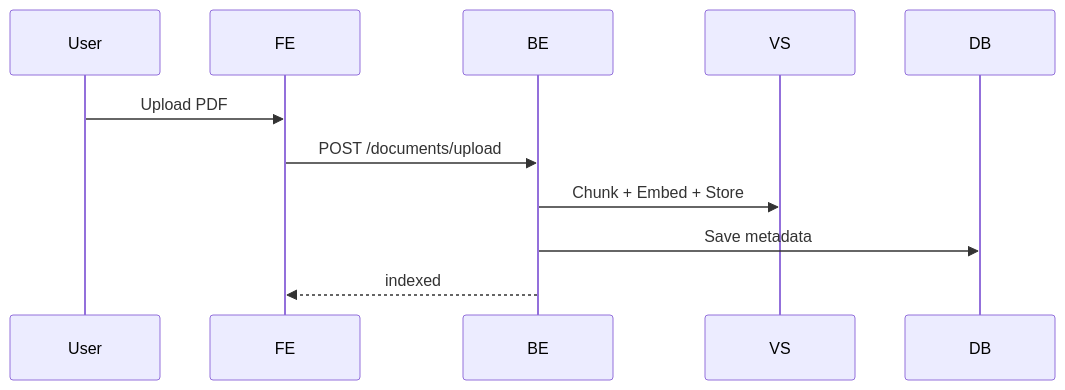
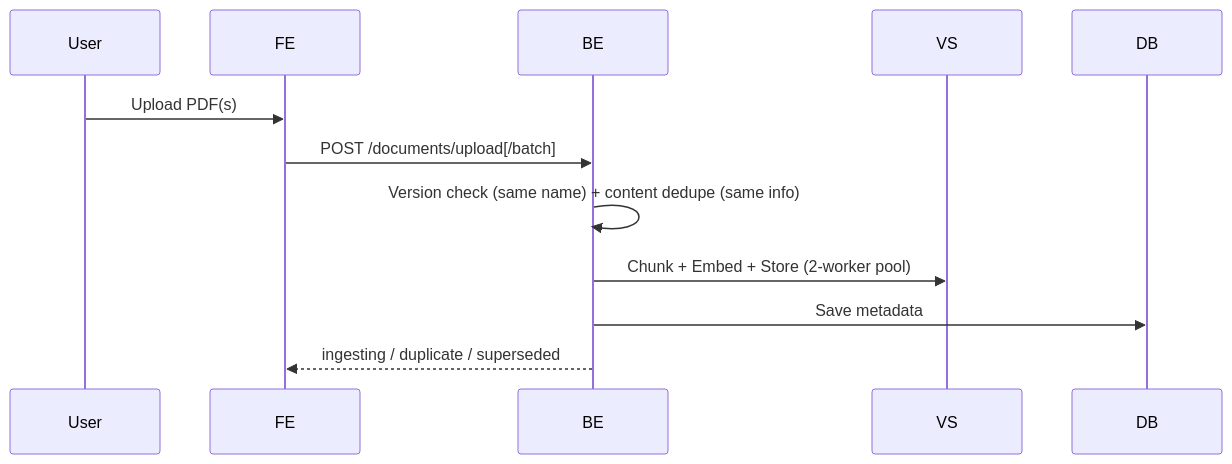
One commit to 9bishal/Enterprise-Document-Intelligence-System- changed the third of 7 diagrams in HLD.md. Above: the diagram before and after it, drawn with Mermaid. The commit also changed other lines of this file and 4 other files, not shown here.

````diff
--- a/HLD.md
+++ b/HLD.md
@@ -31,8 +32,9 @@
 ```mermaid
 sequenceDiagram
-    User->>FE: Upload PDF
-    FE->>BE: POST /documents/upload
-    BE->>VS: Chunk + Embed + Store
+    User->>FE: Upload PDF(s)
+    FE->>BE: POST /documents/upload[/batch]
+    BE->>BE: Version check (same name) + content dedupe (same info)
+    BE->>VS: Chunk + Embed + Store (2-worker pool)
     BE->>DB: Save metadata
-    BE-->>FE: indexed
+    BE-->>FE: ingesting / duplicate / superseded
 ```
````
